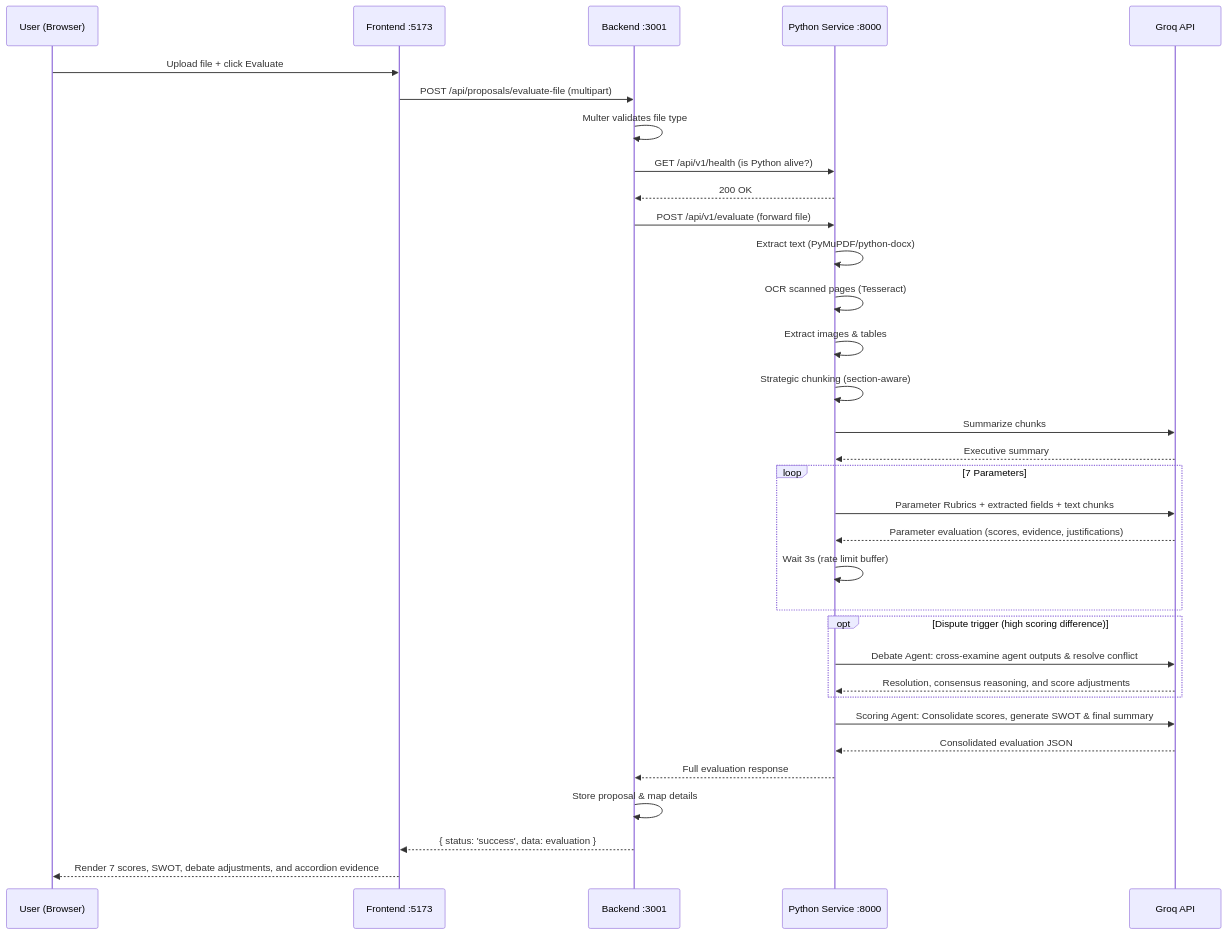
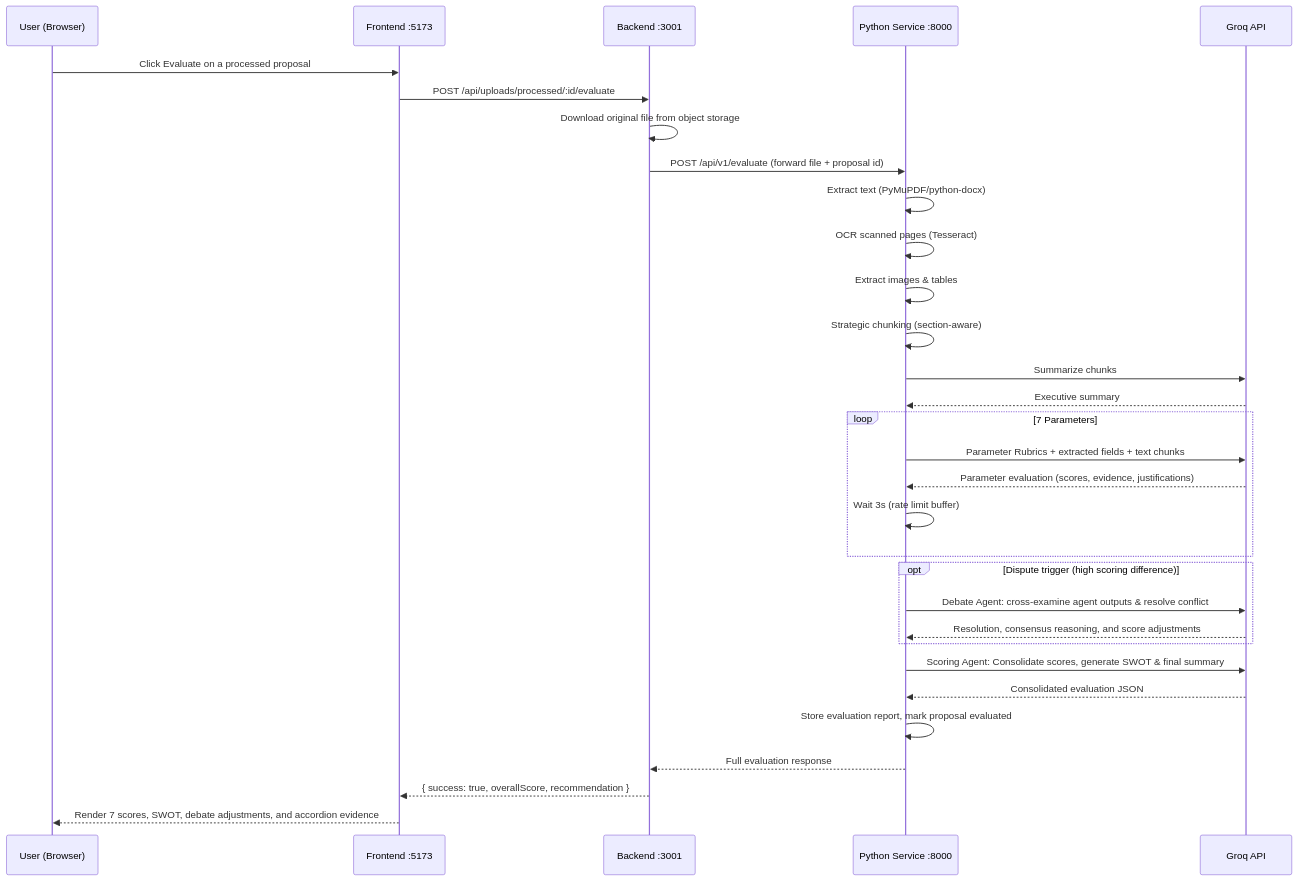
The diagram in docs/ARCHITECTURE.md (mayurk200/ai-proposal-evaluator), drawn with Mermaid before and after one commit. The commit also changed other lines of this file and 7 other files, not shown here.

````diff
--- a/docs/ARCHITECTURE.md
+++ b/docs/ARCHITECTURE.md
@@ -310,36 +276,34 @@
 ```mermaid
 sequenceDiagram
     participant U as User (Browser)
     participant F as Frontend :5173
     participant B as Backend :3001
     participant P as Python Service :8000
     participant G as Groq API
 
-    U->>F: Upload file + click Evaluate
-    F->>B: POST /api/proposals/evaluate-file (multipart)
-    B->>B: Multer validates file type
-    B->>P: GET /api/v1/health (is Python alive?)
-    P-->>B: 200 OK
-    B->>P: POST /api/v1/evaluate (forward file)
+    U->>F: Click Evaluate on a processed proposal
+    F->>B: POST /api/uploads/processed/:id/evaluate
+    B->>B: Download original file from object storage
+    B->>P: POST /api/v1/evaluate (forward file + proposal id)
     P->>P: Extract text (PyMuPDF/python-docx)
     P->>P: OCR scanned pages (Tesseract)
     P->>P: Extract images & tables
     P->>P: Strategic chunking (section-aware)
     P->>G: Summarize chunks
     G-->>P: Executive summary
     loop 7 Parameters
         P->>G: Parameter Rubrics + extracted fields + text chunks
         G-->>P: Parameter evaluation (scores, evidence, justifications)
         P->>P: Wait 3s (rate limit buffer)
     end
     opt Dispute trigger (high scoring difference)
         P->>G: Debate Agent: cross-examine agent outputs & resolve conflict
         G-->>P: Resolution, consensus reasoning, and score adjustments
     end
     P->>G: Scoring Agent: Consolidate scores, generate SWOT & final summary
     G-->>P: Consolidated evaluation JSON
+    P->>P: Store evaluation report, mark proposal evaluated
     P-->>B: Full evaluation response
-    B->>B: Store proposal & map details
-    B-->>F: { status: 'success', data: evaluation }
+    B-->>F: { success: true, overallScore, recommendation }
     F-->>U: Render 7 scores, SWOT, debate adjustments, and accordion evidence
 ```
````
